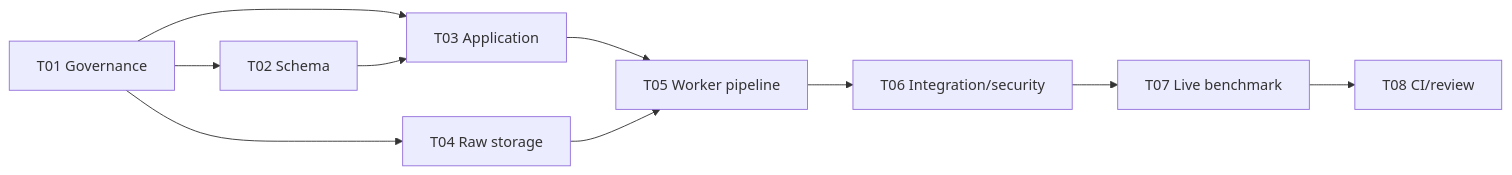
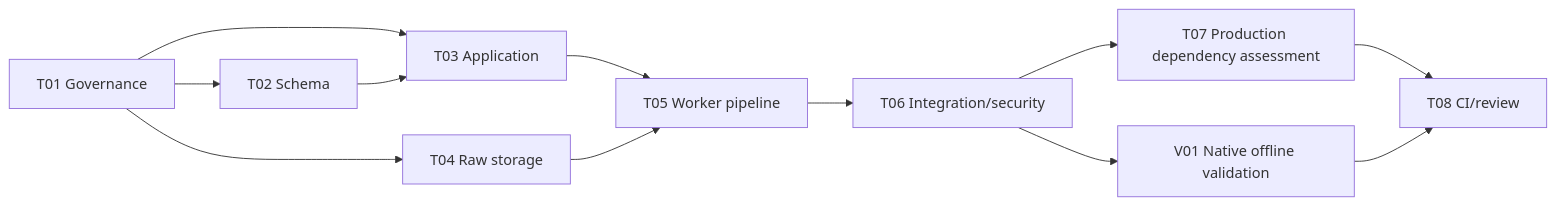
The diagram in docs/operations/P2_M2_EXECUTION_PROTOCOL.md (yangyy816/project-mirror), drawn with Mermaid before and after one commit. The commit also changed other lines of this file and 18 other files, not shown here.

````diff
--- a/docs/operations/P2_M2_EXECUTION_PROTOCOL.md
+++ b/docs/operations/P2_M2_EXECUTION_PROTOCOL.md
@@ -119,12 +133,14 @@
 ```mermaid
 flowchart LR
   T01["T01 Governance"] --> T02["T02 Schema"]
   T01 --> T03["T03 Application"]
   T02 --> T03
   T01 --> T04["T04 Raw storage"]
   T03 --> T05["T05 Worker pipeline"]
   T04 --> T05
   T05 --> T06["T06 Integration/security"]
-  T06 --> T07["T07 Live benchmark"]
+  T06 --> T07["T07 Production dependency assessment"]
+  T06 --> V01["V01 Native offline validation"]
   T07 --> T08["T08 CI/review"]
+  V01 --> T08
 ```
````
